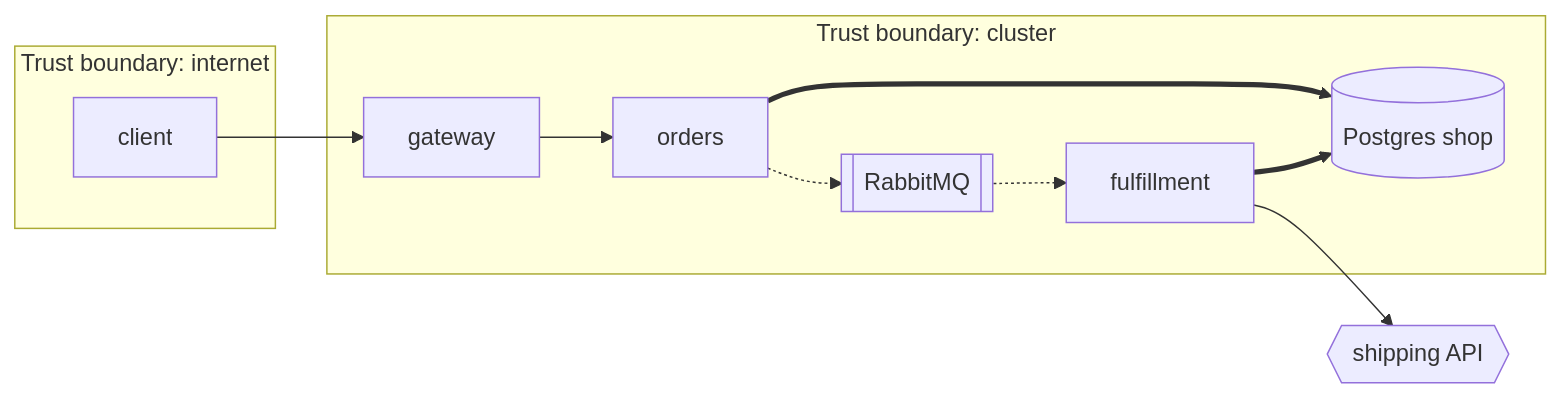
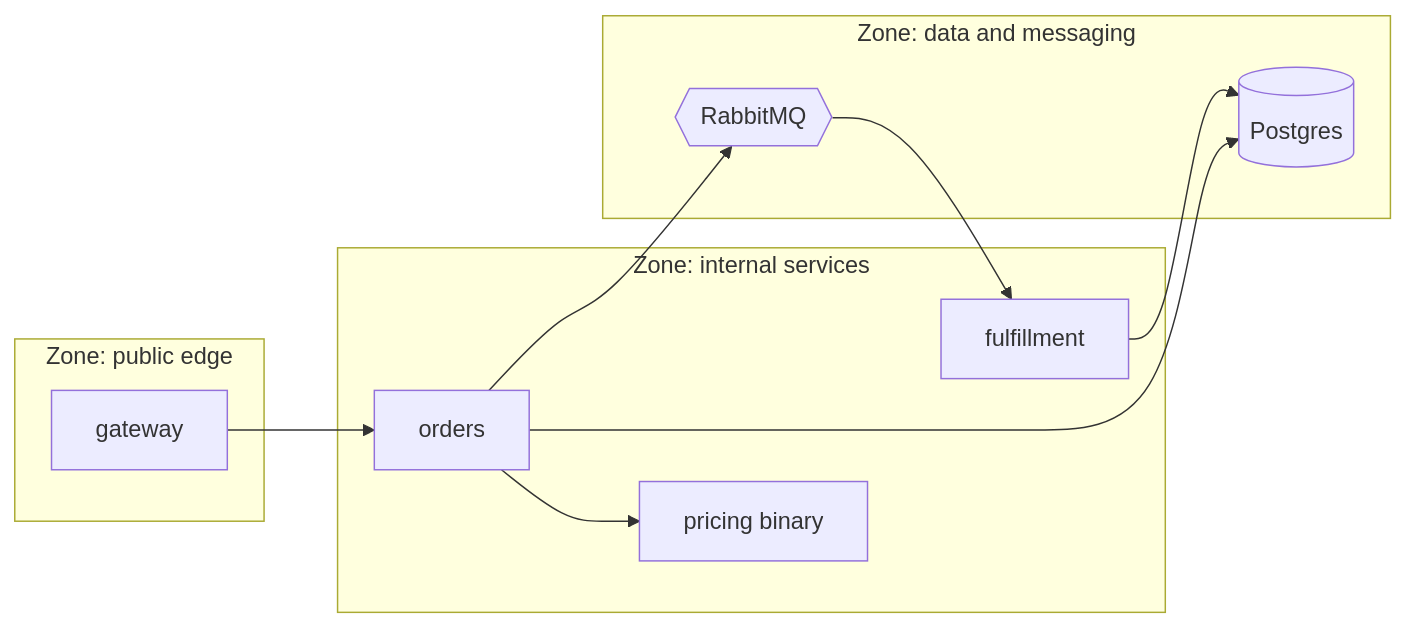
One commit to RndU53r/Code-Knowledge-Builder changed the first of 2 diagrams in examples/sample-output/system/hld.md. Above: the diagram before and after it, drawn with Mermaid. The commit also changed other lines of this file and 134 other files, not shown here.

````diff
--- a/examples/sample-output/system/hld.md
+++ b/examples/sample-output/system/hld.md
@@ -32,21 +30,21 @@
 ```mermaid
 flowchart LR
-  subgraph TB_pub["Trust boundary: internet"]
-    U["client"]
+  subgraph Z_edge["Zone: public edge"]
+    N1["gateway"]
   end
-  subgraph TB_int["Trust boundary: cluster"]
-    GW["gateway"]
-    OR["orders"]
-    FU["fulfillment"]
-    MQ[["RabbitMQ"]]
-    DB[("Postgres shop")]
+  subgraph Z_internal["Zone: internal services"]
+    N2["orders"]
+    N3["fulfillment"]
+    N4["pricing binary"]
   end
-  SH{{"shipping API"}}
-  U --> GW
-  GW --> OR
-  OR -.-> MQ
-  MQ -.-> FU
-  OR ==> DB
-  FU ==> DB
-  FU --> SH
+  subgraph Z_data["Zone: data and messaging"]
+    N5[("Postgres")]
+    N6{{"RabbitMQ"}}
+  end
+  N1 --> N2
+  N2 --> N4
+  N2 --> N5
+  N2 --> N6
+  N6 --> N3
+  N3 --> N5
 ```
````
